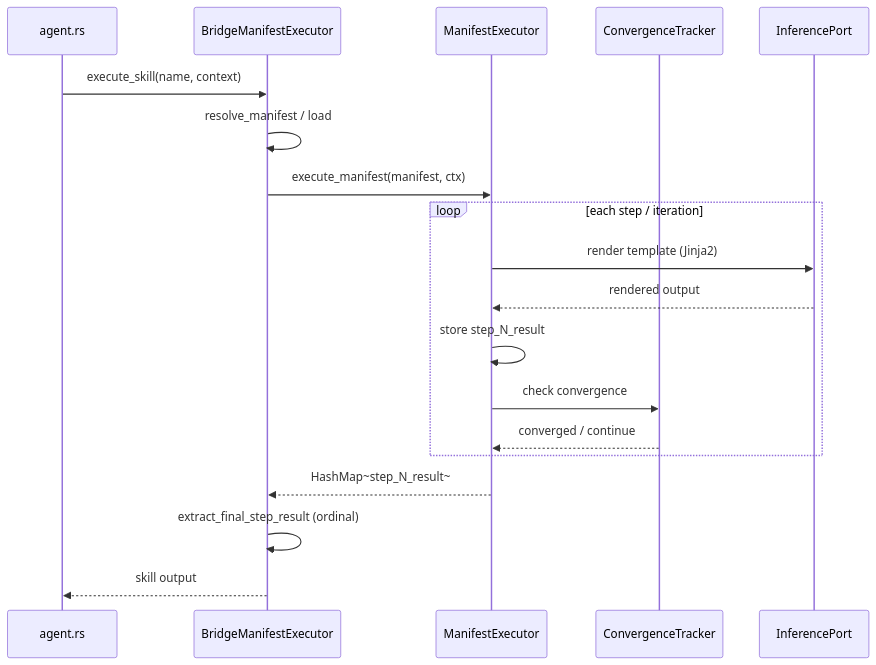
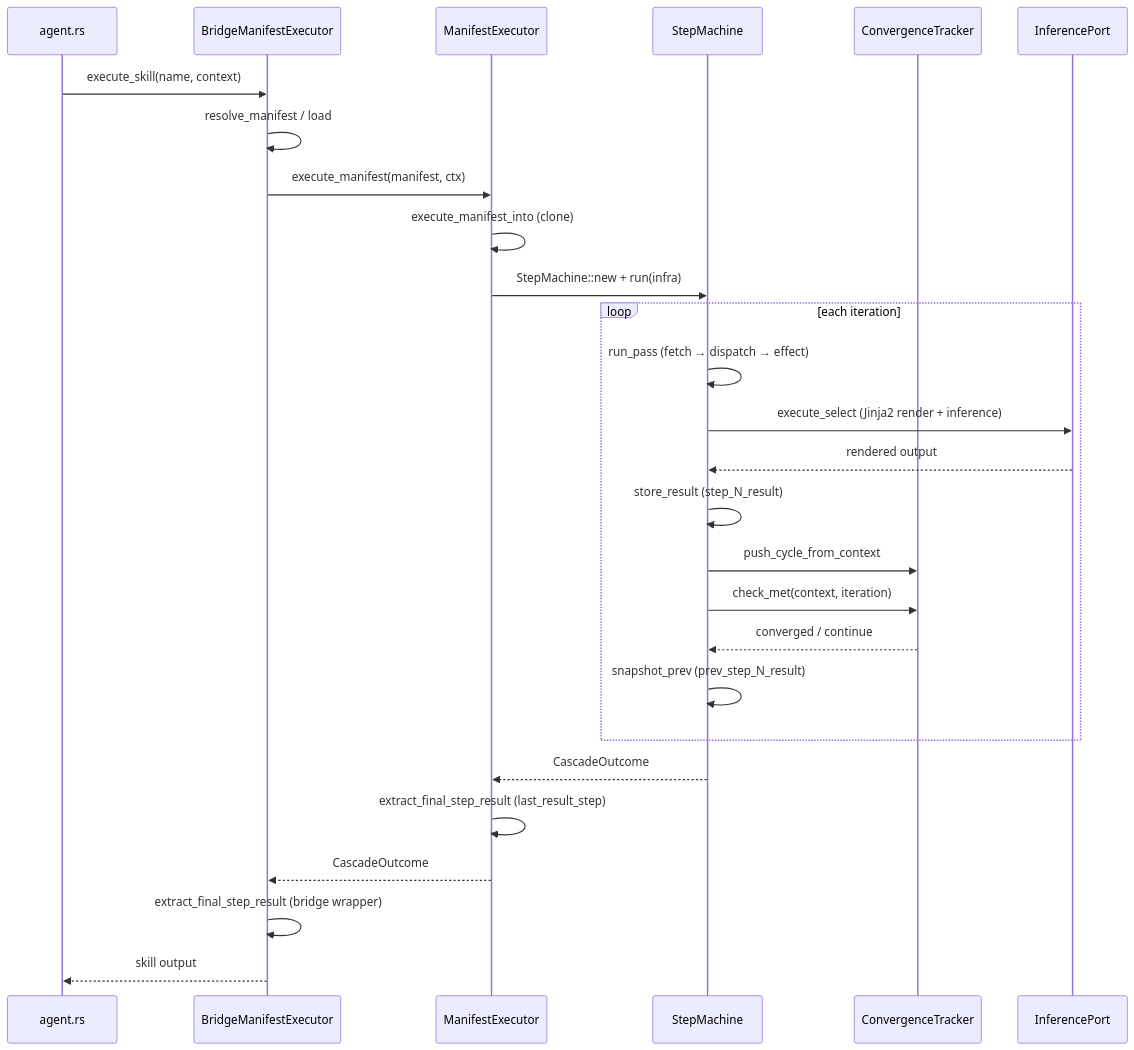
The first of 2 diagrams in kask/docs/diataxis/hkask-templates/explanation.md (mdz-axo/zed-kask), drawn with Mermaid before and after one commit. The commit also changed other lines of this file and 41 other files, not shown here.

````diff
--- a/kask/docs/diataxis/hkask-templates/explanation.md
+++ b/kask/docs/diataxis/hkask-templates/explanation.md
@@ -43,22 +61,30 @@
 ```mermaid
 sequenceDiagram
     participant Agent as agent.rs
     participant Bridge as BridgeManifestExecutor
     participant Exec as ManifestExecutor
+    participant Machine as StepMachine
     participant Conv as ConvergenceTracker
     participant Infer as InferencePort
 
     Agent->>Bridge: execute_skill(name, context)
     Bridge->>Bridge: resolve_manifest / load
     Bridge->>Exec: execute_manifest(manifest, ctx)
-    loop each step / iteration
-        Exec->>Infer: render template (Jinja2)
-        Infer-->>Exec: rendered output
-        Exec->>Exec: store step_N_result
-        Exec->>Conv: check convergence
-        Conv-->>Exec: converged / continue
+    Exec->>Exec: execute_manifest_into (clone)
+    Exec->>Machine: StepMachine::new + run(infra)
+    loop each iteration
+        Machine->>Machine: run_pass (fetch → dispatch → effect)
+        Machine->>Infer: execute_select (Jinja2 render + inference)
+        Infer-->>Machine: rendered output
+        Machine->>Machine: store_result (step_N_result)
+        Machine->>Conv: push_cycle_from_context
+        Machine->>Conv: check_met(context, iteration)
+        Conv-->>Machine: converged / continue
+        Machine->>Machine: snapshot_prev (prev_step_N_result)
     end
-    Exec-->>Bridge: HashMap~step_N_result~
-    Bridge->>Bridge: extract_final_step_result (ordinal)
+    Machine-->>Exec: CascadeOutcome
+    Exec->>Exec: extract_final_step_result (last_result_step)
+    Exec-->>Bridge: CascadeOutcome
+    Bridge->>Bridge: extract_final_step_result (bridge wrapper)
     Bridge-->>Agent: skill output
 ```
````
